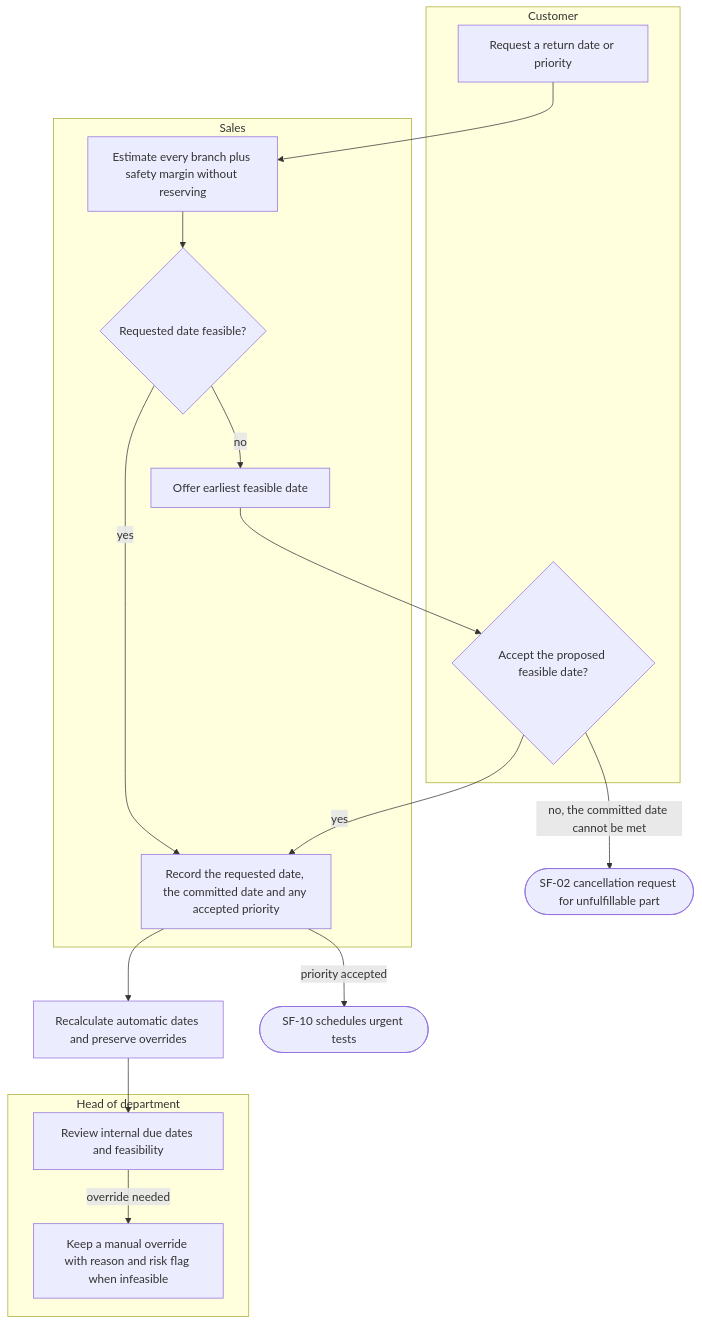
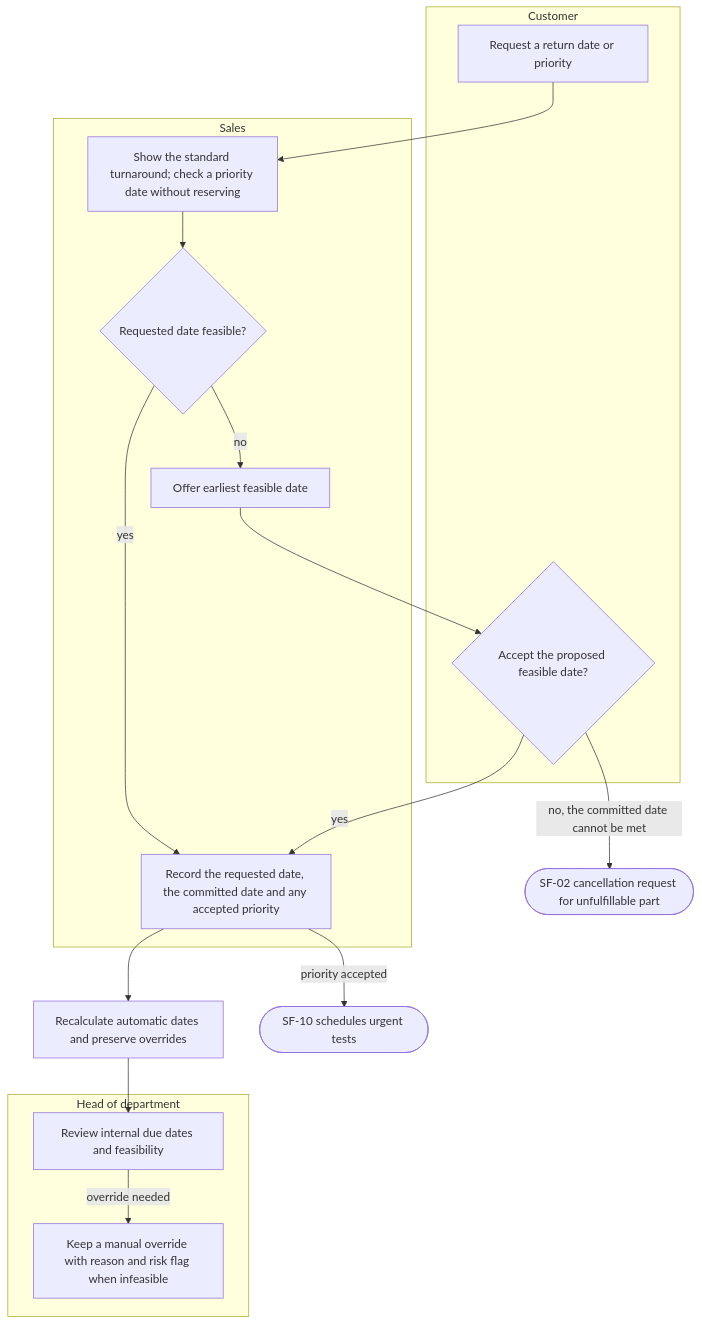
One commit to SoltuneMontepre/medilab changed diagram 13 of 17 in docs/functional/business-flows.md. Above: the diagram before and after it, drawn with Mermaid. The commit also changed other lines of this file and 79 other files, not shown here.

Commit message:
[feat] | #416 Requested and committed dates, standard turnaround and priority orders

````diff
--- a/docs/functional/business-flows.md
+++ b/docs/functional/business-flows.md
@@ -614,25 +614,25 @@
 ```mermaid
 flowchart TD
     subgraph lane31 ["Customer"]
         c1[Request a return date or priority]
         c2{Accept the proposed feasible date?}
     end
     subgraph lane32 ["Sales"]
-        s1[Estimate every branch plus safety margin without reserving]
+        s1[Show the standard turnaround; check a priority date without reserving]
         s2{Requested date feasible?}
         s3[Offer earliest feasible date]
         s4[Record the requested date, the committed date and any accepted priority]
     end
     subgraph lane33 ["Head of department"]
         h1[Review internal due dates and feasibility]
         h2[Keep a manual override with reason and risk flag when infeasible]
     end
     c1 --> s1 --> s2
     s2 -->|yes| s4
     s2 -->|no| s3 --> c2
     c2 -->|yes| s4
     c2 -->|no, the committed date cannot be met| cancel([SF-02 cancellation request for unfulfillable part])
     s4 --> dates[Recalculate automatic dates and preserve overrides] --> h1
     h1 -->|override needed| h2
     s4 -->|priority accepted| urgent([SF-10 schedules urgent tests])
 ```
````
